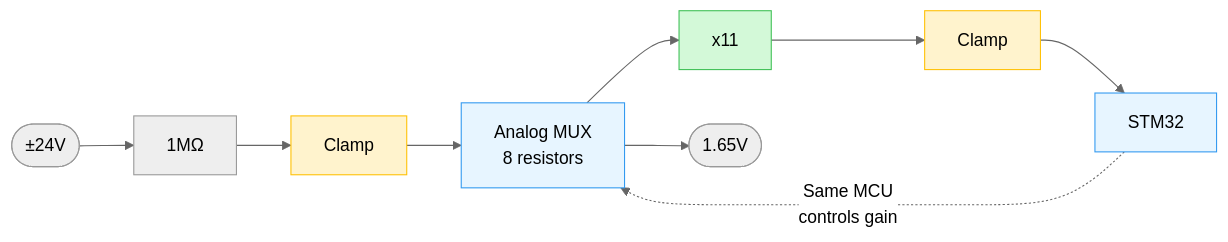
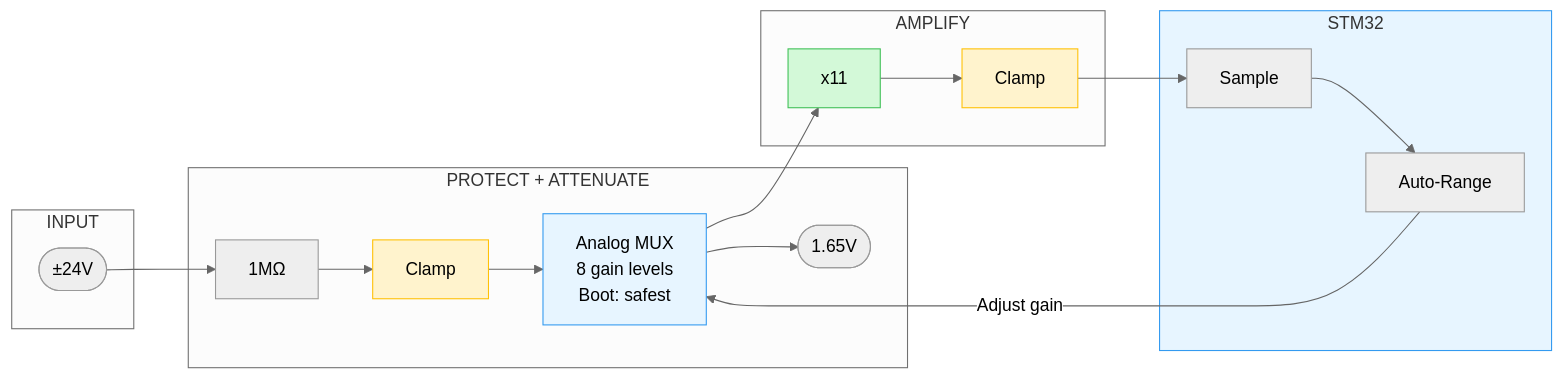
One commit to mohammadrezasafaeian/smart-wireless-oscilloscope changed the third of 3 diagrams in README.md. Above: the diagram before and after it, drawn with Mermaid (neutral theme). The commit also changed other lines of this file, not shown here.

````diff
--- a/README.md
+++ b/README.md
@@ -90,13 +115,34 @@
 ```mermaid
 flowchart LR
-    IN(["±24V"]) --> R1["1MΩ"] --> D1["Clamp"] --> MUX["Analog MUX\n8 resistors"] --> AMP["x11"] --> D2["Clamp"] --> STM["STM32"]
-    
-    MUX --> VGND(["1.65V"])
-    STM -.->|"Same MCU\ncontrols gain"| MUX
+    subgraph INPUT["INPUT"]
+        IN(["±24V"])
+    end
+
+    subgraph PROTECTION["PROTECT + ATTENUATE"]
+        R1["1MΩ"]
+        D1["Clamp"]
+        MUX["Analog MUX<br>8 gain levels<br>Boot: safest"]
+        VGND(["1.65V"])
+    end
+
+    subgraph GAIN["AMPLIFY"]
+        AMP["x11"]
+        D2["Clamp"]
+    end
+
+    subgraph MCU["STM32"]
+        ADC["Sample"]
+        AUTO["Auto-Range"]
+    end
+
+    IN --> R1 --> D1 --> MUX
+    MUX --> VGND
+    MUX --> AMP --> D2 --> ADC --> AUTO
+    AUTO -->|"Adjust gain"| MUX
 
     style D1 fill:#fff3cd,stroke:#ffc107
     style D2 fill:#fff3cd,stroke:#ffc107
     style MUX fill:#e7f5ff,stroke:#339af0
     style AMP fill:#d3f9d8,stroke:#40c057
-    style STM fill:#e7f5ff,stroke:#339af0
+    style MCU fill:#e7f5ff,stroke:#339af0
 ```
````
